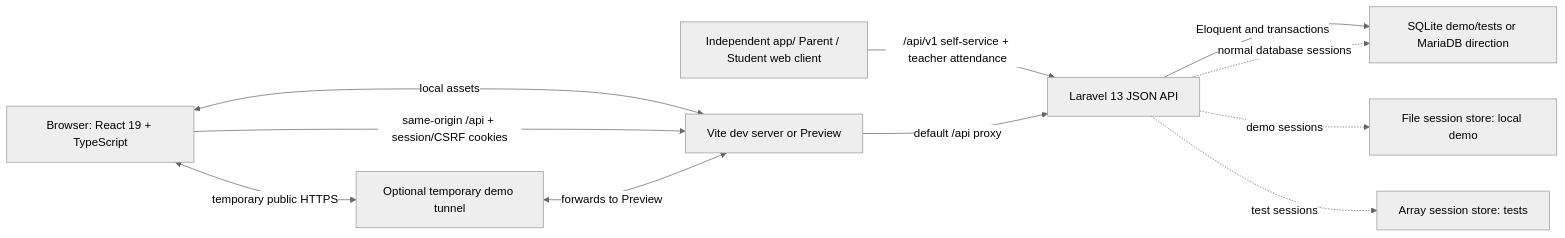
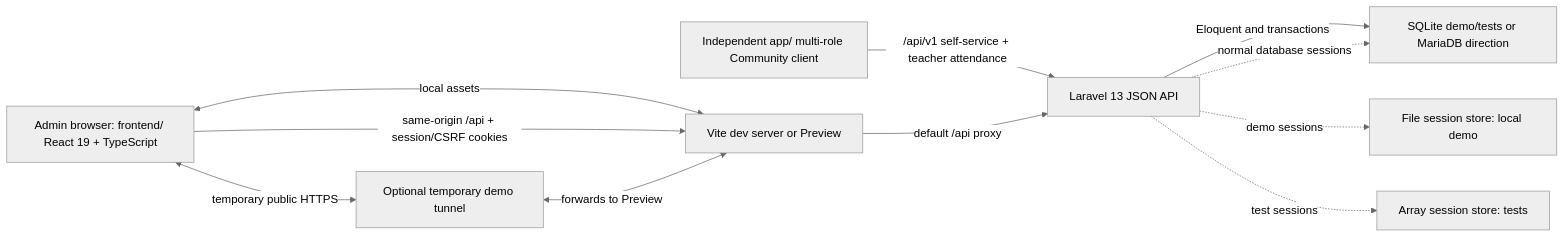
The diagram in docs/architecture.md (Kaikaiyng/Matahari), drawn with Mermaid (neutral theme) before and after one commit. The commit also changed other lines of this file and 31 other files, not shown here.

Commit message:
docs: reconcile project documentation with community app

````diff
--- a/docs/architecture.md
+++ b/docs/architecture.md
@@ -9,22 +9,22 @@
 ```mermaid
 flowchart LR
-    Browser["Browser: React 19 + TypeScript"]
-    Mobile["Independent app/ Parent / Student web client"]
+    Browser["Admin browser: frontend/ React 19 + TypeScript"]
+    Mobile["Independent app/ multi-role Community client"]
     Vite["Vite dev server or Preview"]
     API["Laravel 13 JSON API"]
     DB["SQLite demo/tests or MariaDB direction"]
     Files["File session store: local demo"]
     Memory["Array session store: tests"]
     Tunnel["Optional temporary demo tunnel"]
 
     Browser <-->|"local assets"| Vite
     Mobile -->|"/api/v1 self-service + teacher attendance"| API
     Browser -->|"same-origin /api + session/CSRF cookies"| Vite
     Browser <-->|"temporary public HTTPS"| Tunnel
     Tunnel <-->|"forwards to Preview"| Vite
     Vite -->|"default /api proxy"| API
     API -->|"Eloquent and transactions"| DB
     API -.->|"normal database sessions"| DB
     API -.->|"demo sessions"| Files
     API -.->|"test sessions"| Memory
 ```
````
